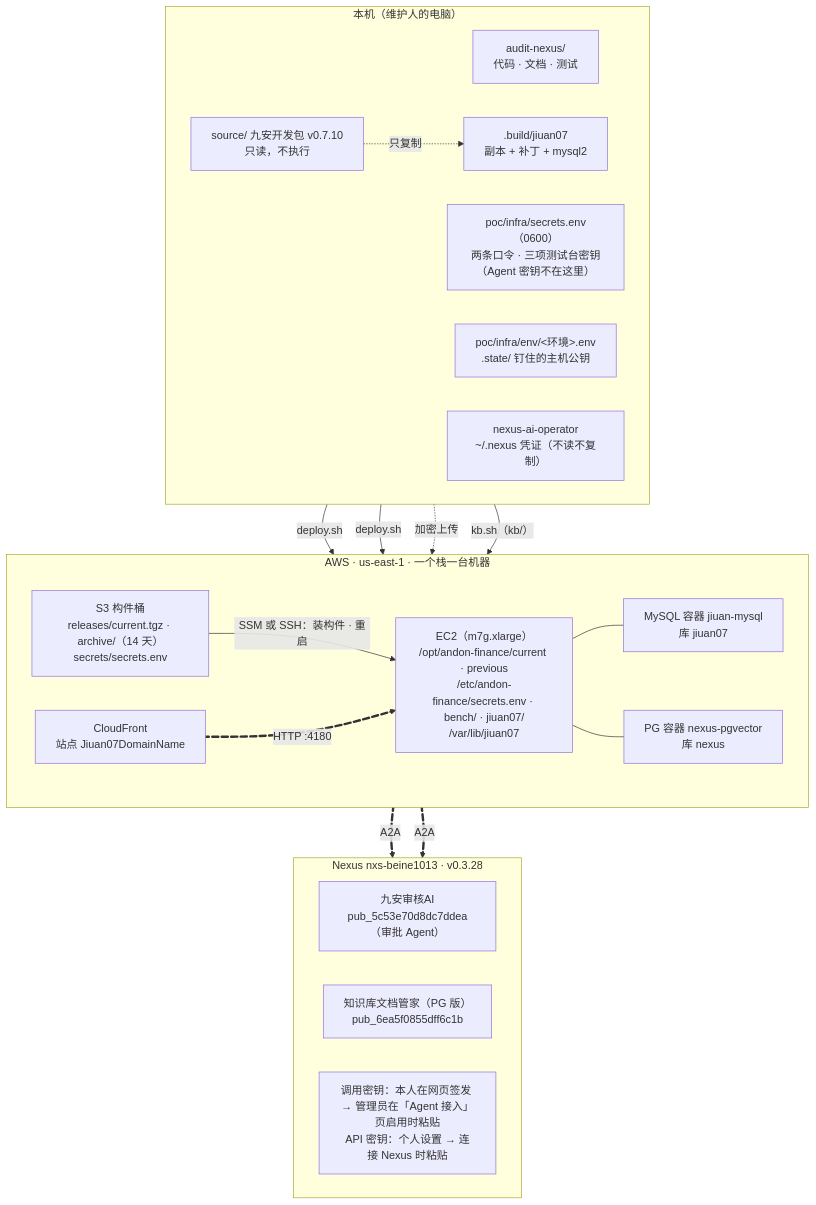
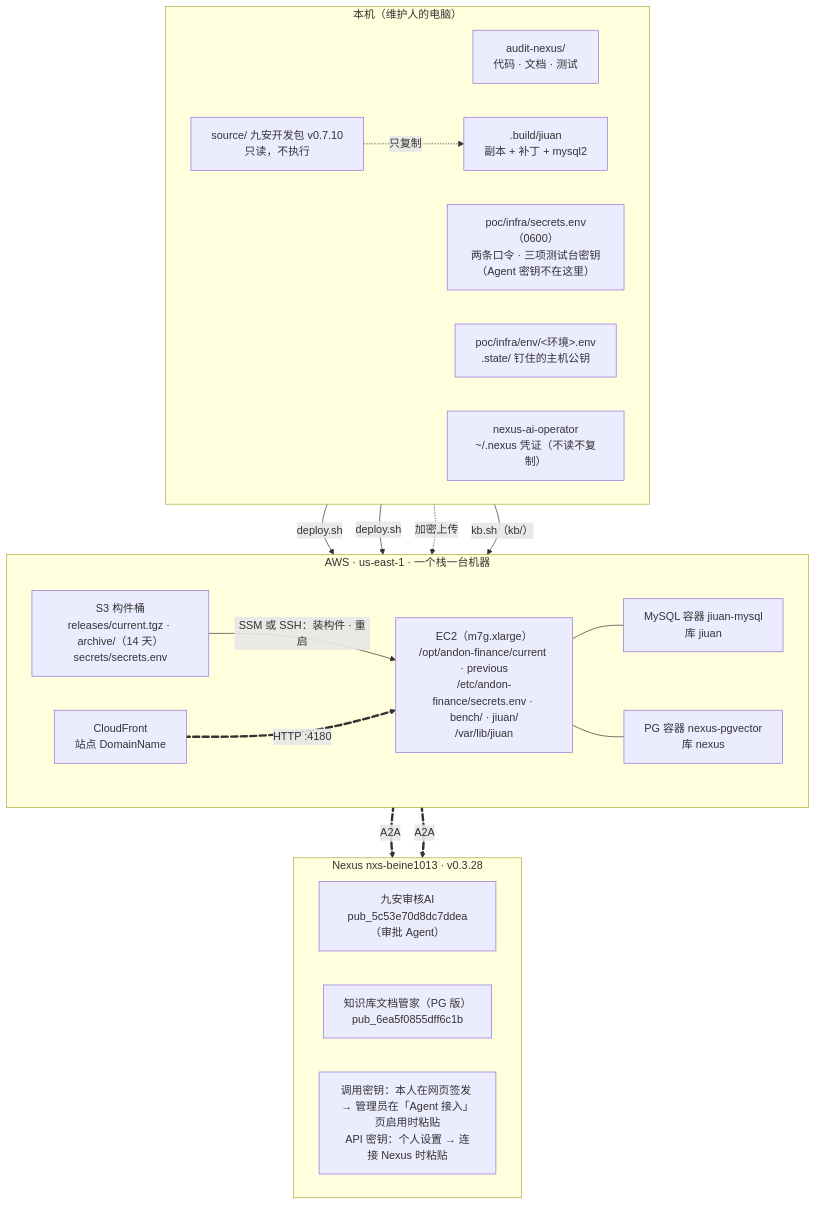
The diagram in docs/assets/diagrams/handover-assets.mmd (LiboMa/nexus-jiuan-agent-framework-poc), drawn with Mermaid before and after one commit. The commit also changed 38 other files, not shown here.

```diff
--- a/docs/assets/diagrams/handover-assets.mmd
+++ b/docs/assets/diagrams/handover-assets.mmd
@@ -1,42 +1,42 @@
 flowchart TB
   subgraph laptop["本机（维护人的电脑）"]
     direction LR
     repo["audit-nexus/<br/>代码 · 文档 · 测试"]
     secrets["poc/infra/secrets.env（0600）<br/>两条口令 · 三项测试台密钥<br/>（Agent 密钥不在这里）"]
     envs["poc/infra/env/&lt;环境&gt;.env<br/>.state/ 钉住的主机公钥"]
     operator["nexus-ai-operator<br/>~/.nexus 凭证（不读不复制）"]
     source["source/ 九安开发包 v0.7.10<br/>只读，不执行"]
-    build[".build/jiuan07<br/>副本 + 补丁 + mysql2"]
+    build[".build/jiuan<br/>副本 + 补丁 + mysql2"]
   end
   subgraph aws["AWS · us-east-1 · 一个栈一台机器"]
     direction LR
     s3["S3 构件桶<br/>releases/current.tgz · archive/（14 天）<br/>secrets/secrets.env"]
-    ec2["EC2（m7g.xlarge）<br/>/opt/andon-finance/current · previous<br/>/etc/andon-finance/secrets.env · bench/ · jiuan07/<br/>/var/lib/jiuan07"]
-    db["MySQL 容器 jiuan-mysql<br/>库 jiuan07"]
+    ec2["EC2（m7g.xlarge）<br/>/opt/andon-finance/current · previous<br/>/etc/andon-finance/secrets.env · bench/ · jiuan/<br/>/var/lib/jiuan"]
+    db["MySQL 容器 jiuan-mysql<br/>库 jiuan"]
     pg["PG 容器 nexus-pgvector<br/>库 nexus"]
-    cf["CloudFront<br/>站点 Jiuan07DomainName"]
+    cf["CloudFront<br/>站点 DomainName"]
   end
   subgraph nx["Nexus nxs-beine1013 · v0.3.28"]
     direction LR
     adv["九安审核AI<br/>pub_5c53e70d8dc7ddea（审批 Agent）"]
     kb["知识库文档管家（PG 版）<br/>pub_6ea5f0855dff6c1b"]
     keys["调用密钥：本人在网页签发 → 管理员在「Agent 接入」页启用时粘贴<br/>API 密钥：个人设置 → 连接 Nexus 时粘贴"]
   end
   source -. 只复制 .-> build
   build -- deploy.sh --> s3
   repo -- deploy.sh --> s3
   secrets -. 加密上传 .-> s3
   s3 -- "SSM 或 SSH：装构件 · 重启" --> ec2
   repo -- "kb.sh（kb/）" --> pg
   ec2 --- db
   ec2 --- pg
   cf e1@== "HTTP :4180" ==> ec2
   ec2 e2@== A2A ==> adv
   ec2 e3@== A2A ==> kb
   e1@{ animate: true }
   e2@{ animate: true }
   e3@{ animate: true }
   class repo,operator,envs,s3,ec2,cf,build,pg poc
   class secrets risk
   class source,db jiuan
   class adv,kb,keys nexus
```
